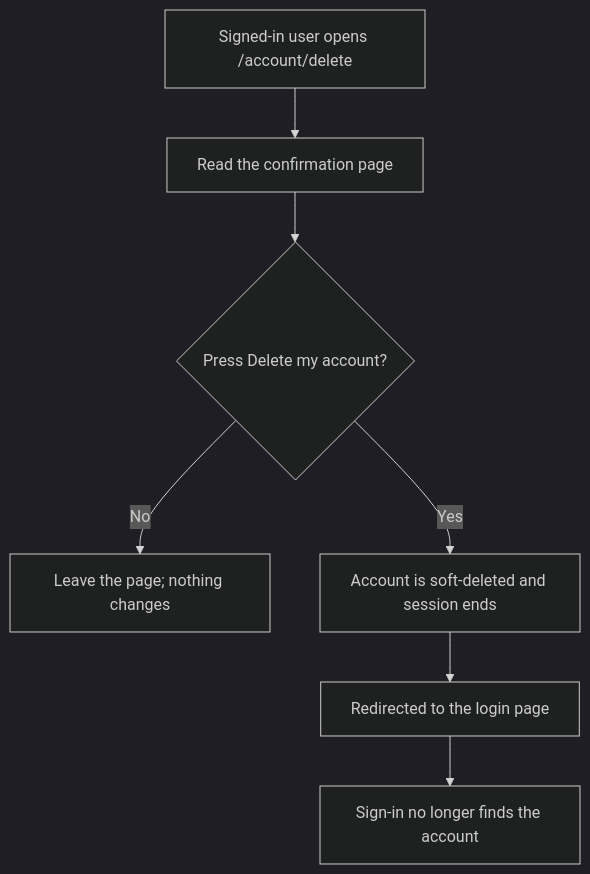
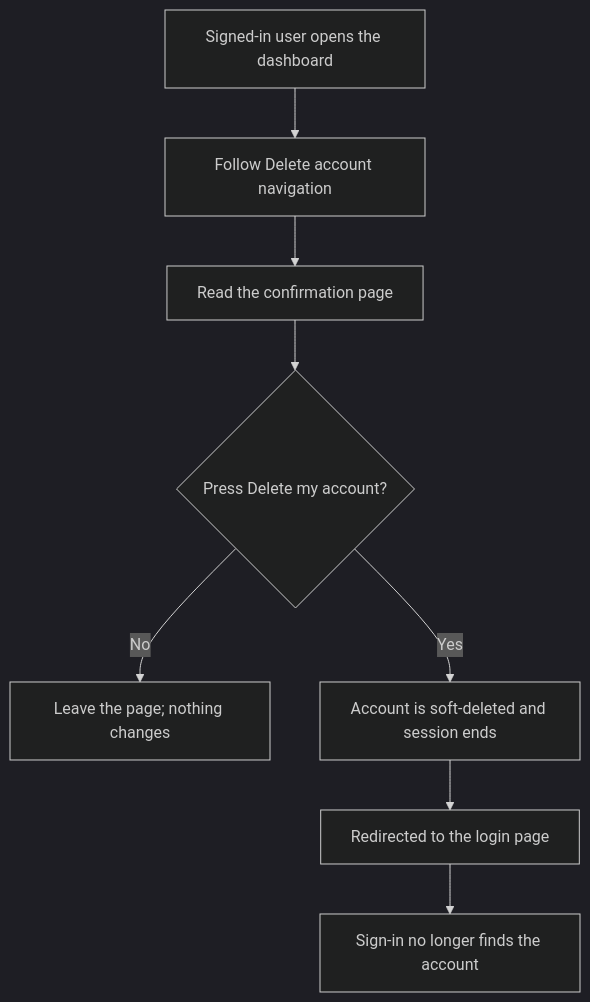
One commit to Kevinjohn/oss-adonisjs-lucid-soft-delete changed the first of 2 diagrams in user-stories/example-apps/us-demo-03-hypermedia-account-deletion.md. Above: the diagram before and after it, drawn with Mermaid (dark theme). The commit also changed other lines of this file and 15 other files, not shown here.

Commit message:
Expose starter account recovery navigation by role

````diff
--- a/user-stories/example-apps/us-demo-03-hypermedia-account-deletion.md
+++ b/user-stories/example-apps/us-demo-03-hypermedia-account-deletion.md
@@ -21,9 +21,10 @@
 ```mermaid
 flowchart TD
-    A["Signed-in user opens /account/delete"] --> B["Read the confirmation page"]
+    A["Signed-in user opens the dashboard"] --> N["Follow Delete account navigation"]
+    N --> B["Read the confirmation page"]
     B --> C{"Press Delete my account?"}
     C -->|No| D["Leave the page; nothing changes"]
     C -->|Yes| E["Account is soft-deleted and session ends"]
     E --> F["Redirected to the login page"]
     F --> G["Sign-in no longer finds the account"]
 ```
````
